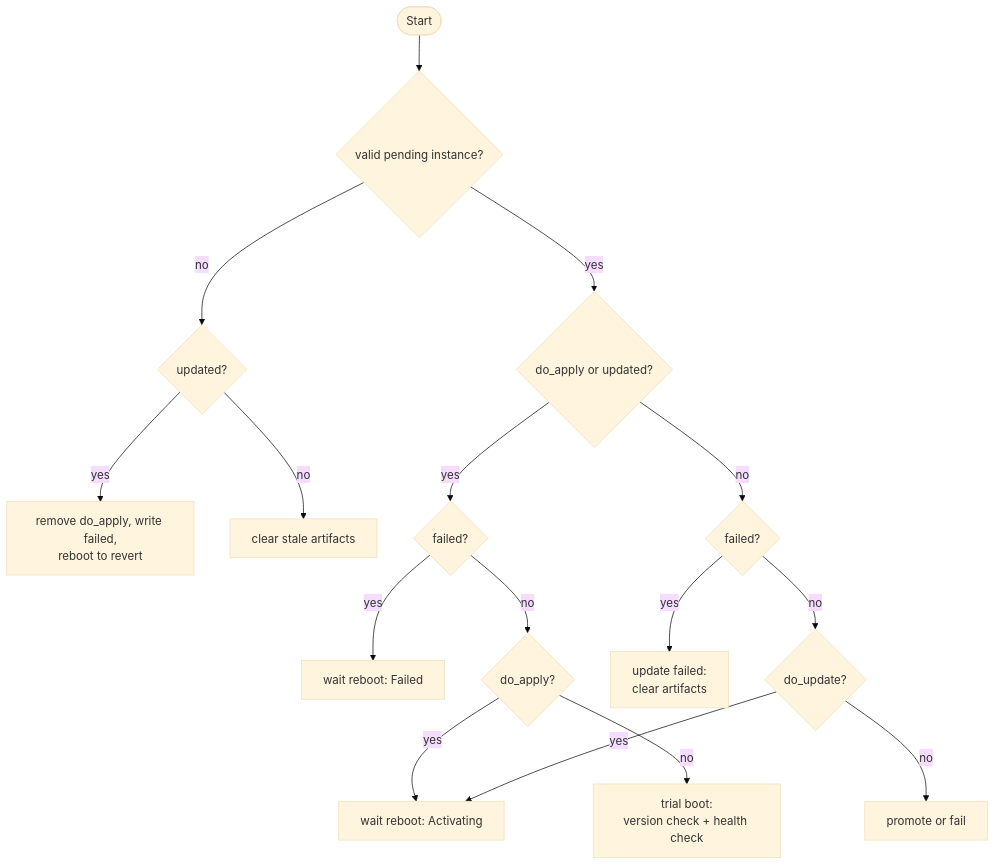
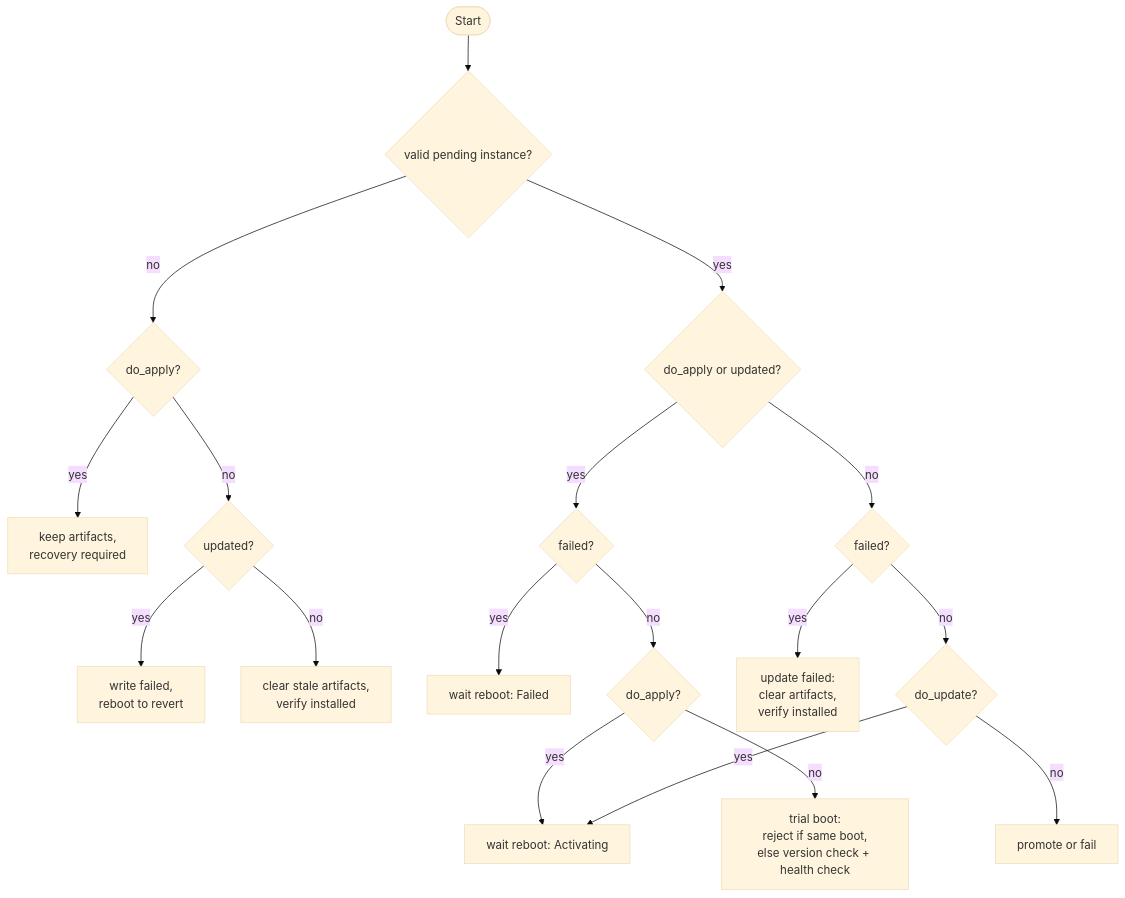
Before and after one commit to aosedge/aos_core_cpp: the third of 3 diagrams in src/sm/launcher/runtimes/rootfs/rootfs.md, drawn with Mermaid (base theme). The commit also changed other lines of this file and 3 other files, not shown here.

````diff
--- a/src/sm/launcher/runtimes/rootfs/rootfs.md
+++ b/src/sm/launcher/runtimes/rootfs/rootfs.md
@@ -262,18 +276,20 @@
 ```mermaid
 flowchart TD
     start([Start]) --> pending{valid pending instance?}
-    pending -- no --> trial{updated?}
-    trial -- yes --> revert[remove do_apply, write failed,<br/>reboot to revert]
-    trial -- no --> clear[clear stale artifacts]
+    pending -- no --> noPendingApply{do_apply?}
+    noPendingApply -- yes --> keep[keep artifacts,<br/>recovery required]
+    noPendingApply -- no --> trial{updated?}
+    trial -- yes --> revert[write failed,<br/>reboot to revert]
+    trial -- no --> clear[clear stale artifacts,<br/>verify installed]
     pending -- yes --> applyOrTrial{do_apply or updated?}
     applyOrTrial -- yes --> failed1{failed?}
     failed1 -- yes --> waitFailed[wait reboot: Failed]
     failed1 -- no --> doApply{do_apply?}
     doApply -- yes --> waitActivating[wait reboot: Activating]
-    doApply -- no --> updated[trial boot:<br/>version check + health check]
+    doApply -- no --> updated[trial boot:<br/>reject if same boot,<br/>else version check + health check]
     applyOrTrial -- no --> failed2{failed?}
-    failed2 -- yes --> processFailed[update failed:<br/>clear artifacts]
+    failed2 -- yes --> processFailed[update failed:<br/>clear artifacts,<br/>verify installed]
     failed2 -- no --> doUpdate{do_update?}
     doUpdate -- yes --> waitActivating
     doUpdate -- no --> noAction[promote or fail]
 ```
````
